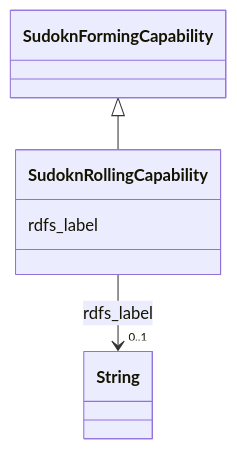
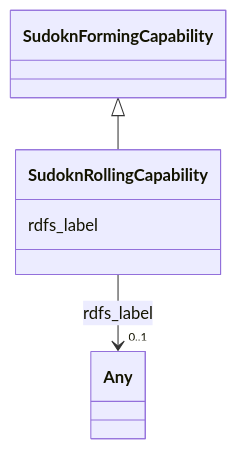
One commit to frink-okn/graph-descriptions changed the diagram in sudokn-kg/classes/SudoknRollingCapability.md. Above: the diagram before and after it, drawn with Mermaid. The commit also changed other lines of this file and 903 other files, not shown here.

````diff
--- a/sudokn-kg/classes/SudoknRollingCapability.md
+++ b/sudokn-kg/classes/SudoknRollingCapability.md
@@ -23,18 +18,18 @@
 ```mermaid
  classDiagram
     class SudoknRollingCapability
     click SudoknRollingCapability href "../SudoknRollingCapability"
       SudoknFormingCapability <|-- SudoknRollingCapability
         click SudoknFormingCapability href "../SudoknFormingCapability"
       
       SudoknRollingCapability : rdfs_label
         
           
     
     
-    SudoknRollingCapability --> "0..1" String : rdfs_label
-    click String href "../String"
+    SudoknRollingCapability --> "0..1" Any : rdfs_label
+    click Any href "../Any"
 
         
       
 ```
````
